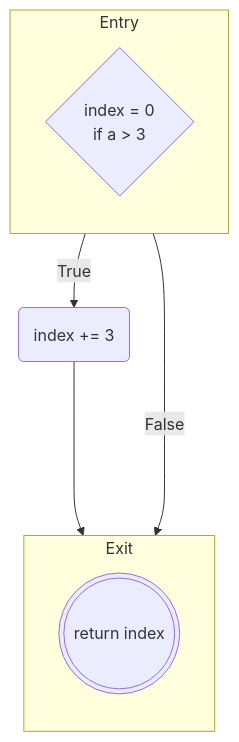
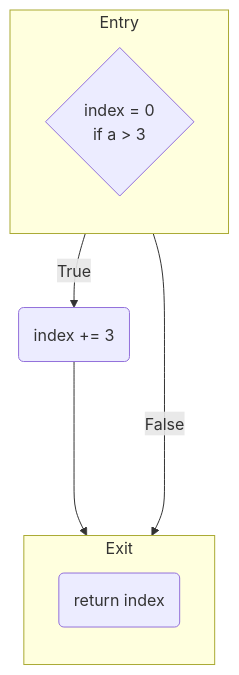
One commit to moosetechnology/moosetechnology.github.io changed the fourth of 12 diagrams in src/content/docs/developers/fast-cfg.mdx. Above: the diagram before and after it, drawn with Mermaid. The commit also changed other lines of this file and 1 other file, not shown here.

Commit message:
Update graphs to be more explicit

````diff
--- a/src/content/docs/developers/fast-cfg.mdx
+++ b/src/content/docs/developers/fast-cfg.mdx
@@ -279,22 +291,20 @@
 ```mermaid
 flowchart TD
 	subgraph Entry
 		direction TB
-		937046272
+		1
 	end
 
-
-subgraph Exit
+	subgraph Exit
 		direction TB
-		663880704
+		3
 	end
 
-
-937046272{"index = 0<br/>	if a > 3 "}
-	937046272 -- True --> 368856576
-	937046272 -- False --> 663880704
-	368856576("index += 3 ")
-	368856576 ----> 663880704
-	663880704((("return index ")))
+	1{"index = 0<br/>	if a > 3 "}
+	2("index += 3 ")
+	3("return index ")
+	1 -- True --> 2
+	1 -- False --> 3
+	2 ----> 3
 	
 ```
````
